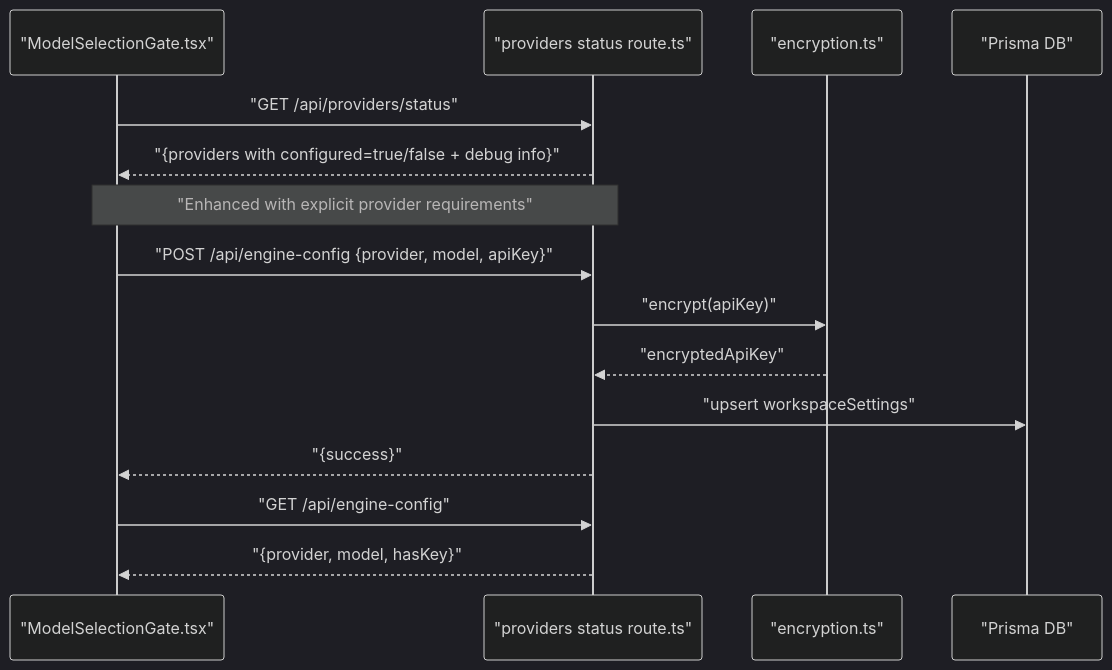
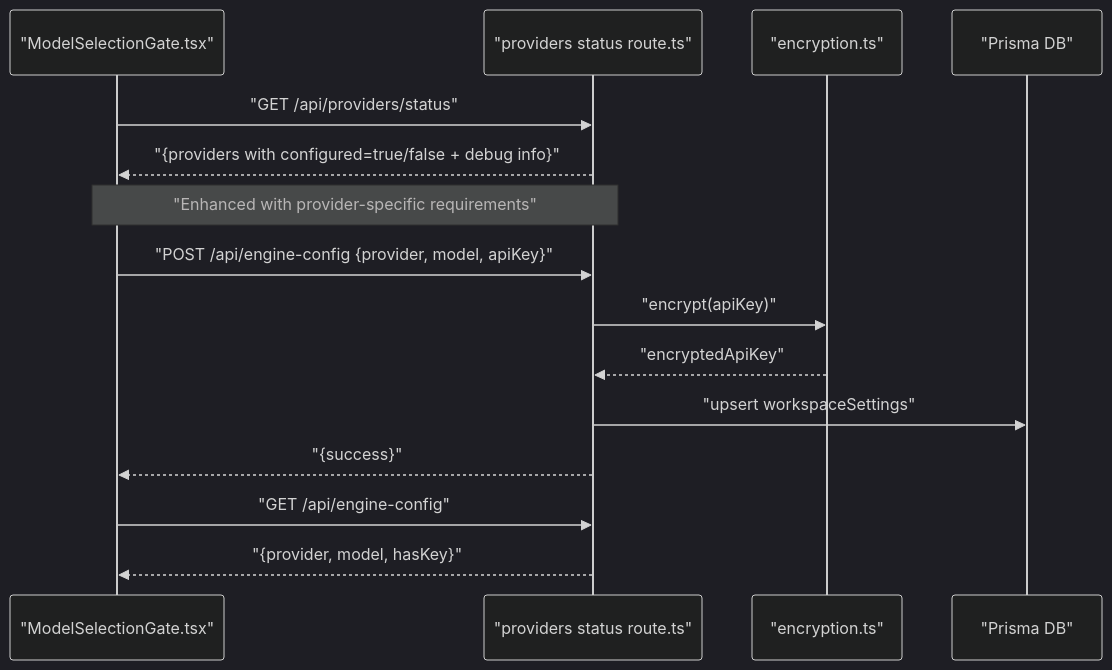
The ninth of 11 diagrams in .qoder/repowiki/en/content/AI Generation Engine/AI Provider Adapters/Configuration & Authentication Management.md (shekhargiri005-dotcom/AI-powered-accessibility-first-UI-engine), drawn with Mermaid (dark theme) before and after one commit. The commit also changed other lines of this file and 71 other files, not shown here.

````diff
--- a/.qoder/repowiki/en/content/AI Generation Engine/AI Provider Adapters/Configuration & Authentication Management.md
+++ b/.qoder/repowiki/en/content/AI Generation Engine/AI Provider Adapters/Configuration & Authentication Management.md
@@ -379,17 +358,17 @@
 ```mermaid
 sequenceDiagram
 participant UI as "ModelSelectionGate.tsx"
 participant API as "providers status route.ts"
 participant ENC as "encryption.ts"
 participant DB as "Prisma DB"
 UI->>API : "GET /api/providers/status"
 API-->>UI : "{providers with configured=true/false + debug info}"
-Note over UI,API : "Enhanced with explicit provider requirements"
+Note over UI,API : "Enhanced with provider-specific requirements"
 UI->>API : "POST /api/engine-config {provider, model, apiKey}"
 API->>ENC : "encrypt(apiKey)"
 ENC-->>API : "encryptedApiKey"
 API->>DB : "upsert workspaceSettings"
 API-->>UI : "{success}"
 UI->>API : "GET /api/engine-config"
 API-->>UI : "{provider, model, hasKey}"
 ```
````
